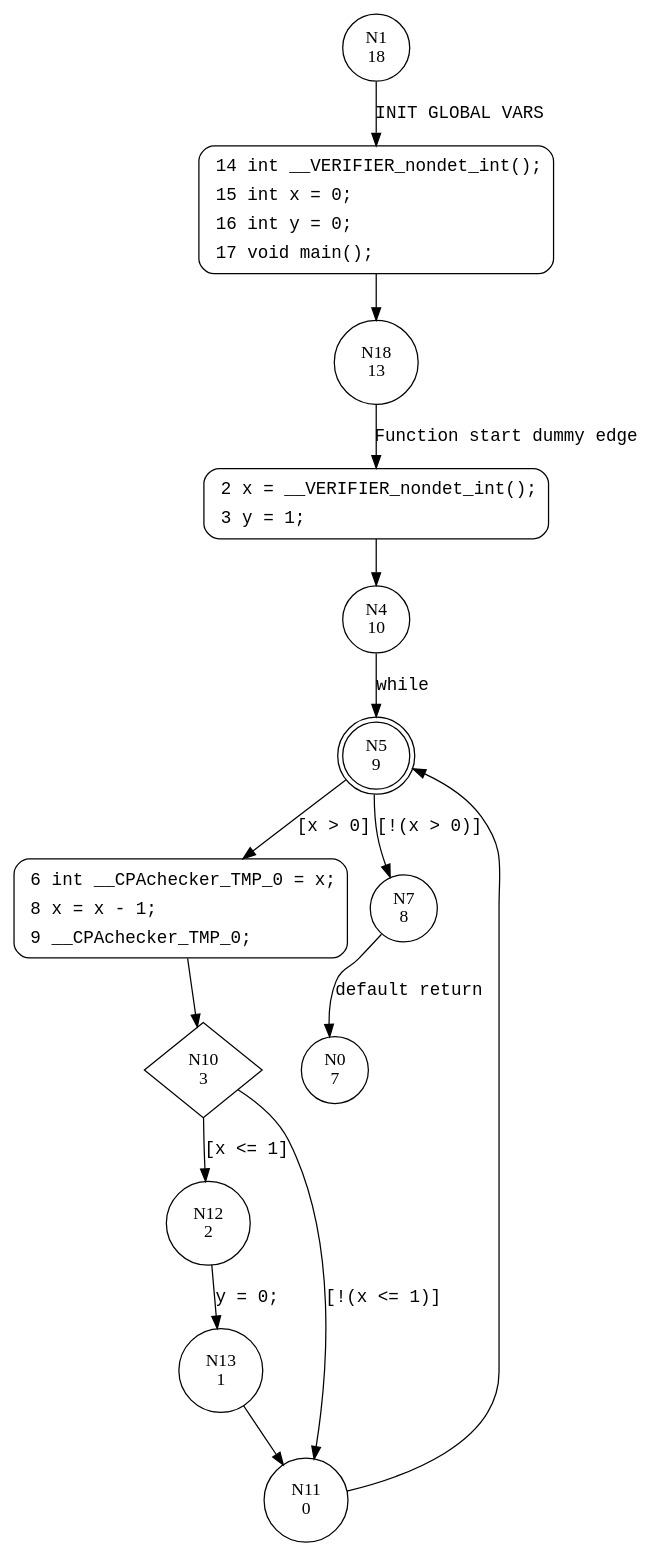
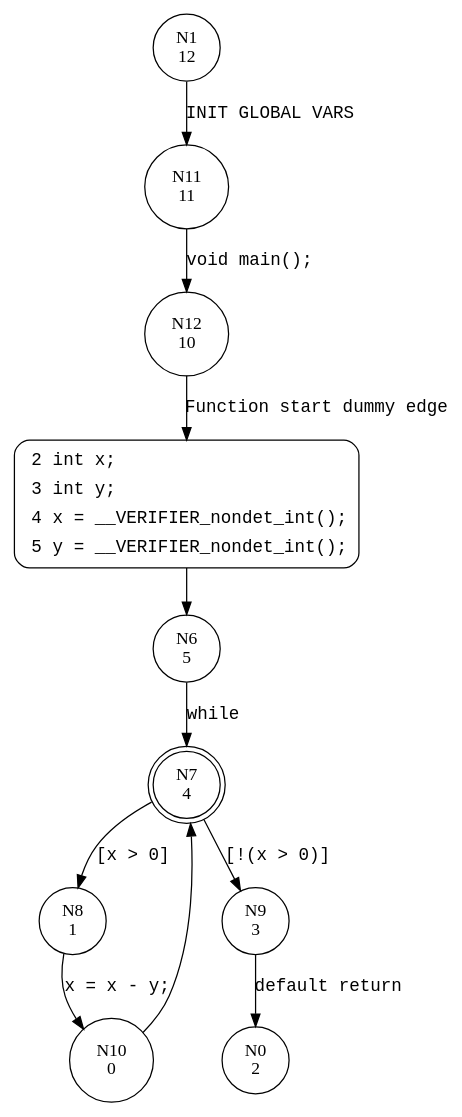
Before and after one commit to urlyy/ltlf2topl: the diagram in output/cfa/cfa__main.dot, drawn with Graphviz. The commit also changed 40 other files, not shown here.

```diff
--- a/output/cfa/cfa__main.dot
+++ b/output/cfa/cfa__main.dot
@@ -1,32 +1,23 @@
 digraph main {
-1 [shape="circle" label="N1\n18"]
-14 [shape="circle" label="N14\n17"]
-18 [shape="circle" label="N18\n13"]
-2 [shape="circle" label="N2\n12"]
-4 [shape="circle" label="N4\n10"]
-5 [shape="doublecircle" label="N5\n9"]
-6 [shape="circle" label="N6\n6"]
-7 [shape="circle" label="N7\n8"]
-0 [shape="circle" label="N0\n7"]
-10 [shape="diamond" label="N10\n3"]
-12 [shape="circle" label="N12\n2"]
-11 [shape="circle" label="N11\n0"]
-13 [shape="circle" label="N13\n1"]
-14 [style="filled,bold" penwidth="1" fillcolor="white" fontname="Courier New" shape="Mrecord" label=<<table border="0" cellborder="0" cellpadding="3" bgcolor="white"><tr><td align="right">14</td><td align="left">int __VERIFIER_nondet_int();</td></tr><tr><td align="right">15</td><td align="left">int x = 0;</td></tr><tr><td align="right">16</td><td align="left">int y = 0;</td></tr><tr><td align="right">17</td><td align="left">void main();</td></tr></table>>]
-14 -> 18[label=""]
-2 [style="filled,bold" penwidth="1" fillcolor="white" fontname="Courier New" shape="Mrecord" label=<<table border="0" cellborder="0" cellpadding="3" bgcolor="white"><tr><td align="right">2</td><td align="left">x = __VERIFIER_nondet_int();</td></tr><tr><td align="right">3</td><td align="left">y = 1;</td></tr></table>>]
-2 -> 4[label=""]
-6 [style="filled,bold" penwidth="1" fillcolor="white" fontname="Courier New" shape="Mrecord" label=<<table border="0" cellborder="0" cellpadding="3" bgcolor="white"><tr><td align="right">6</td><td align="left">int __CPAchecker_TMP_0 = x;</td></tr><tr><td align="right">8</td><td align="left">x = x - 1;</td></tr><tr><td align="right">9</td><td align="left">__CPAchecker_TMP_0;</td></tr></table>>]
-6 -> 10[label=""]
-1 -> 14 [label="INIT GLOBAL VARS" fontname="Courier New"]
-18 -> 2 [label="Function start dummy edge" fontname="Courier New"]
-4 -> 5 [label="while" fontname="Courier New"]
-5 -> 6 [label="[x > 0]" fontname="Courier New"]
-5 -> 7 [label="[!(x > 0)]" fontname="Courier New"]
-7 -> 0 [label="default return" fontname="Courier New"]
-10 -> 12 [label="[x <= 1]" fontname="Courier New"]
-10 -> 11 [label="[!(x <= 1)]" fontname="Courier New"]
-11 -> 5 [label="" fontname="Courier New"]
-13 -> 11 [label="" fontname="Courier New"]
-12 -> 13 [label="y = 0;" fontname="Courier New"]
+1 [shape="circle" label="N1\n12"]
+11 [shape="circle" label="N11\n11"]
+12 [shape="circle" label="N12\n10"]
+2 [shape="circle" label="N2\n9"]
+6 [shape="circle" label="N6\n5"]
+7 [shape="doublecircle" label="N7\n4"]
+8 [shape="circle" label="N8\n1"]
+9 [shape="circle" label="N9\n3"]
+0 [shape="circle" label="N0\n2"]
+10 [shape="circle" label="N10\n0"]
+2 [style="filled,bold" penwidth="1" fillcolor="white" fontname="Courier New" shape="Mrecord" label=<<table border="0" cellborder="0" cellpadding="3" bgcolor="white"><tr><td align="right">2</td><td align="left">int x;</td></tr><tr><td align="right">3</td><td align="left">int y;</td></tr><tr><td align="right">4</td><td align="left">x = __VERIFIER_nondet_int();</td></tr><tr><td align="right">5</td><td align="left">y = __VERIFIER_nondet_int();</td></tr></table>>]
+2 -> 6[label=""]
+1 -> 11 [label="INIT GLOBAL VARS" fontname="Courier New"]
+12 -> 2 [label="Function start dummy edge" fontname="Courier New"]
+6 -> 7 [label="while" fontname="Courier New"]
+7 -> 8 [label="[x > 0]" fontname="Courier New"]
+7 -> 9 [label="[!(x > 0)]" fontname="Courier New"]
+9 -> 0 [label="default return" fontname="Courier New"]
+10 -> 7 [label="" fontname="Courier New"]
+11 -> 12 [label="void main();" fontname="Courier New"]
+8 -> 10 [label="x = x - y;" fontname="Courier New"]
 }
```
